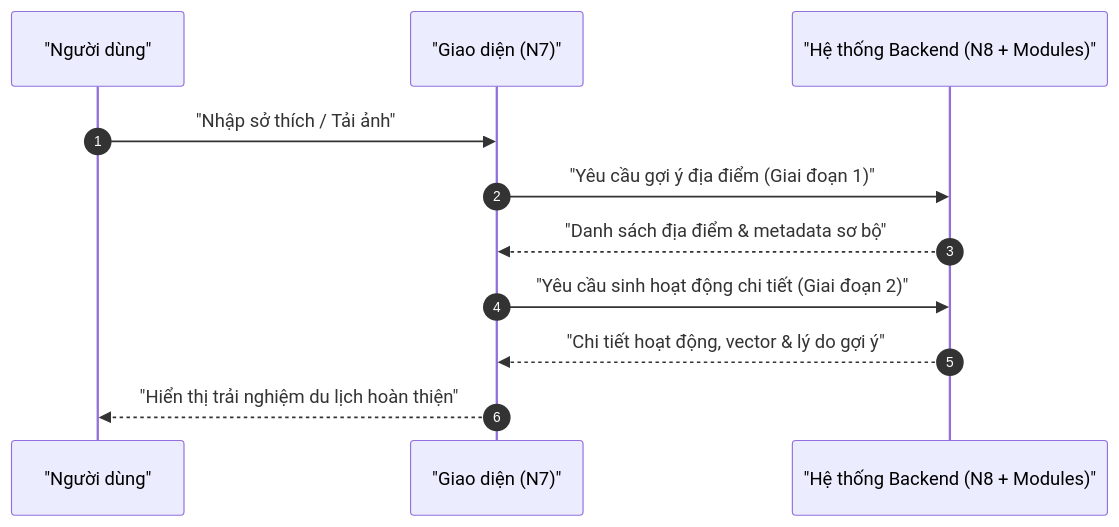
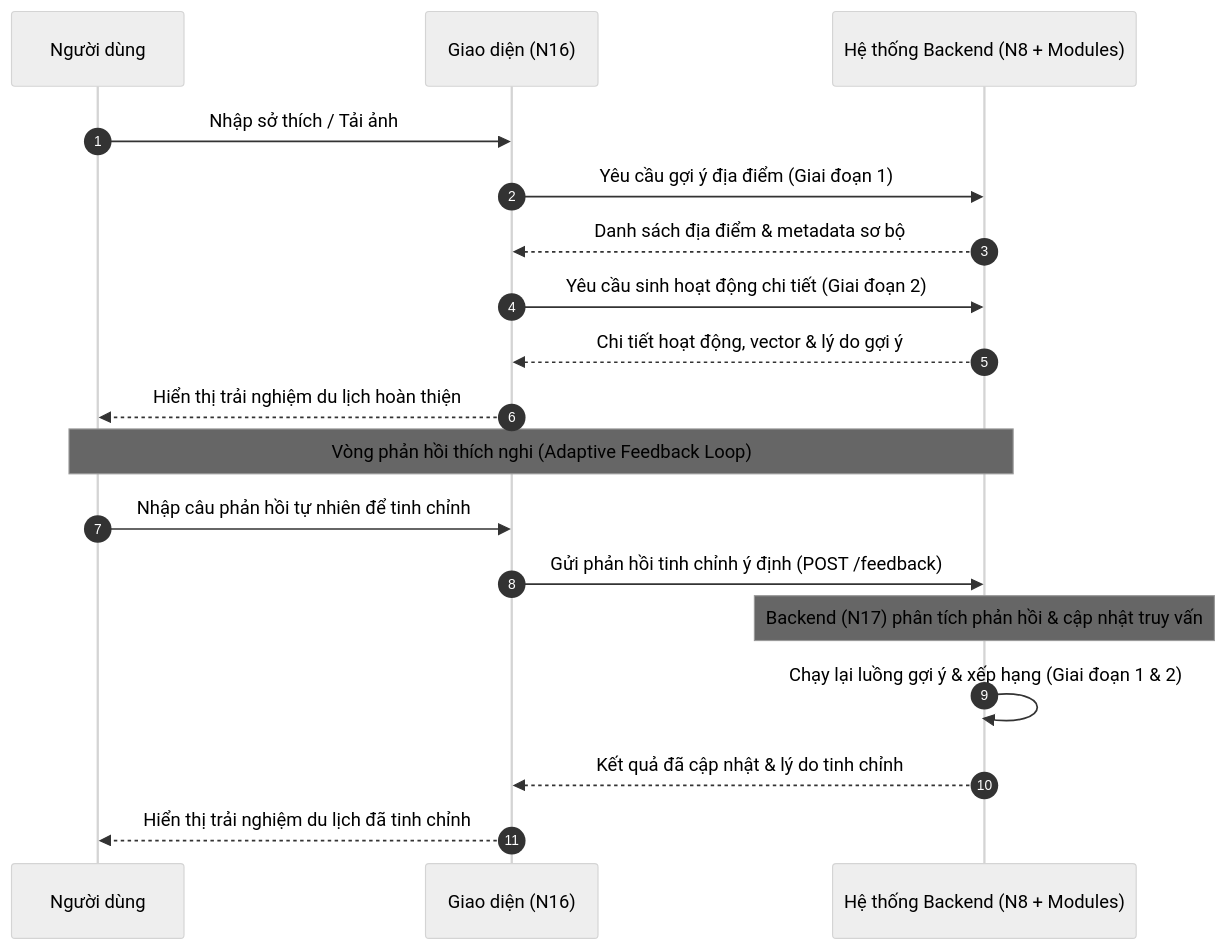
The second of 2 diagrams in docs/architecture/system_overview.md (ltk6/travel-exp-planner), drawn with Mermaid before and after one commit. The commit also changed other lines of this file and 70 other files, not shown here.

````diff
--- a/docs/architecture/system_overview.md
+++ b/docs/architecture/system_overview.md
@@ -121,19 +123,23 @@
 ```mermaid
----
-config:
-  flowchart:
-    useMaxWidth: false
----
+%%{init: { 'theme': 'neutral', 'themeVariables': { 'actorTextColor': '#000000', 'signalTextColor': '#000000', 'noteTextColor': '#000000' } }}%%
 sequenceDiagram
     autonumber
-    participant "User" as "Người dùng"
-    participant "UI" as "Giao diện (N7)"
-    participant "Backend" as "Hệ thống Backend (N8 + Modules)"
+    participant User as Người dùng
+    participant UI as Giao diện (N16)
+    participant Backend as Hệ thống Backend (N8 + Modules)
 
-    "User"->>"UI": "Nhập sở thích / Tải ảnh"
-    "UI"->>"Backend": "Yêu cầu gợi ý địa điểm (Giai đoạn 1)"
-    "Backend"-->>"UI": "Danh sách địa điểm & metadata sơ bộ"
-    "UI"->>"Backend": "Yêu cầu sinh hoạt động chi tiết (Giai đoạn 2)"
-    "Backend"-->>"UI": "Chi tiết hoạt động, vector & lý do gợi ý"
-    "UI"-->>"User": "Hiển thị trải nghiệm du lịch hoàn thiện"
+    User->>UI: Nhập sở thích / Tải ảnh
+    UI->>Backend: Yêu cầu gợi ý địa điểm (Giai đoạn 1)
+    Backend-->>UI: Danh sách địa điểm & metadata sơ bộ
+    UI->>Backend: Yêu cầu sinh hoạt động chi tiết (Giai đoạn 2)
+    Backend-->>UI: Chi tiết hoạt động, vector & lý do gợi ý
+    UI-->>User: Hiển thị trải nghiệm du lịch hoàn thiện
+
+    Note over User, Backend: Vòng phản hồi thích nghi (Adaptive Feedback Loop)
+    User->>UI: Nhập câu phản hồi tự nhiên để tinh chỉnh
+    UI->>Backend: Gửi phản hồi tinh chỉnh ý định (POST /feedback)
+    Note over Backend: Backend (N17) phân tích phản hồi & cập nhật truy vấn
+    Backend->>Backend: Chạy lại luồng gợi ý & xếp hạng (Giai đoạn 1 & 2)
+    Backend-->>UI: Kết quả đã cập nhật & lý do tinh chỉnh
+    UI-->>User: Hiển thị trải nghiệm du lịch đã tinh chỉnh
 ```
````
